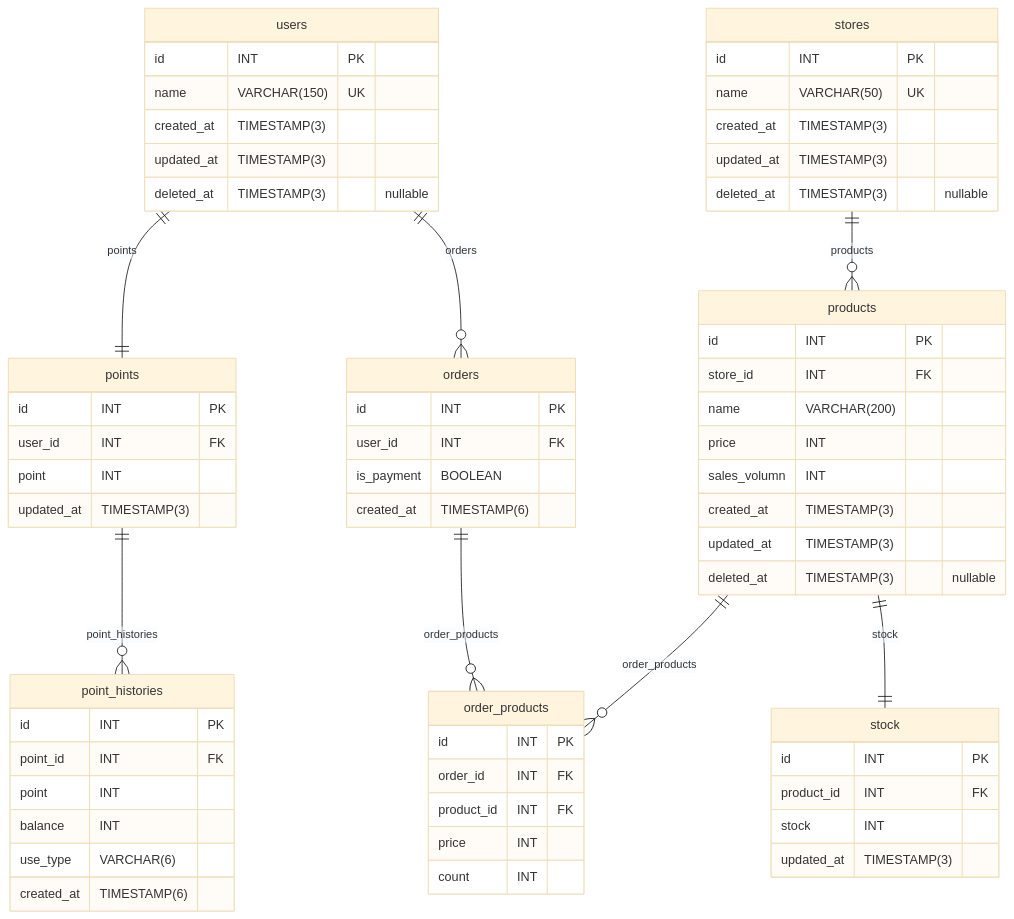
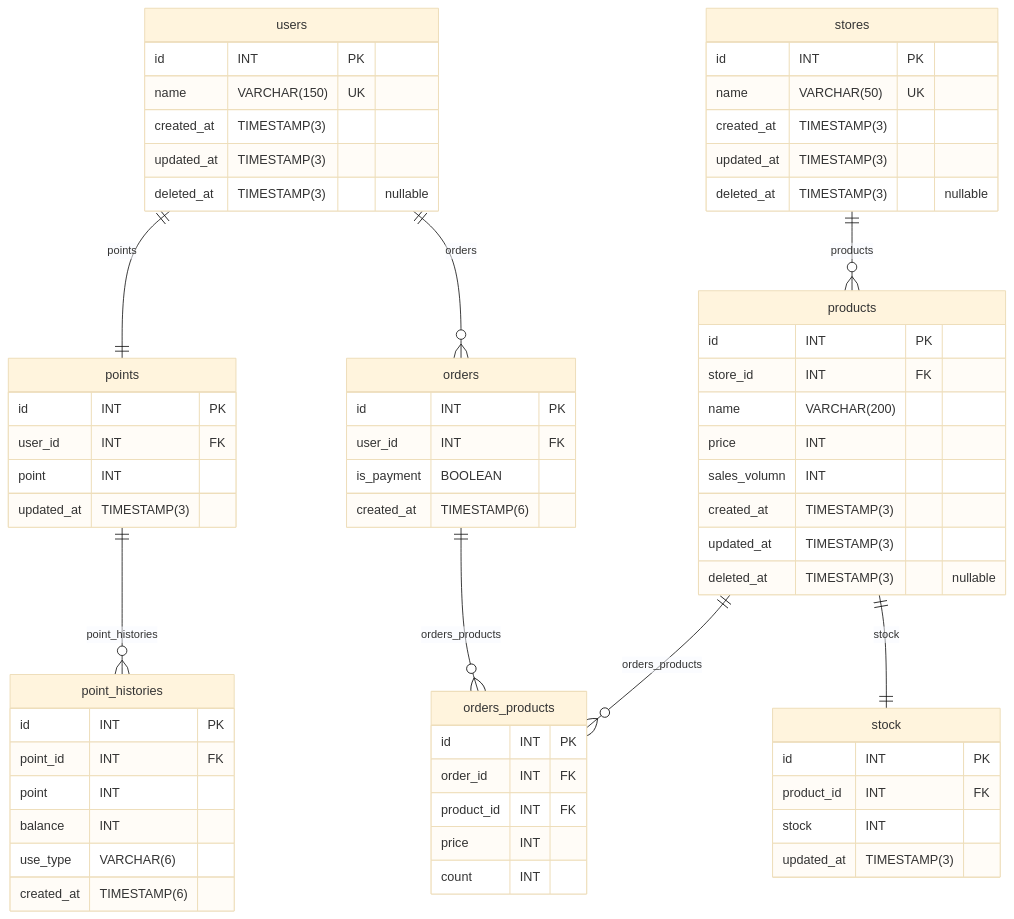
Before and after one commit to kiyoung92/nestjs-Infrastructure-report: the sixth of 6 diagrams in README.md, drawn with Mermaid (base theme). The commit also changed other lines of this file, not shown here.

````diff
--- a/README.md
+++ b/README.md
@@ -159,75 +159,75 @@
 ```mermaid
 erDiagram
 "users" {
   id INT PK
   name VARCHAR(150) UK
   created_at TIMESTAMP(3)
   updated_at TIMESTAMP(3)
   deleted_at TIMESTAMP(3) "nullable"
 }
 
 "points" {
   id INT PK
   user_id INT FK
   point INT
   updated_at TIMESTAMP(3)
 }
 
 "point_histories" {
   id INT PK
   point_id INT FK
   point INT
   balance INT
   use_type VARCHAR(6)
   created_at TIMESTAMP(6)
 }
 
 "orders" {
   id INT PK
   user_id INT FK
   is_payment BOOLEAN
   created_at TIMESTAMP(6)
 }
 
-"order_products" {
+"orders_products" {
   id INT PK
   order_id INT FK
   product_id INT FK
   price INT
   count INT
 }
 
 "stores" {
   id INT PK
   name VARCHAR(50) UK
   created_at TIMESTAMP(3)
   updated_at TIMESTAMP(3)
   deleted_at TIMESTAMP(3) "nullable"
 }
 
 "products" {
   id INT PK
   store_id INT FK
   name VARCHAR(200)
   price INT
   sales_volumn INT
   created_at TIMESTAMP(3)
   updated_at TIMESTAMP(3)
   deleted_at TIMESTAMP(3) "nullable"
 }
 
 "stock" {
   id INT PK
   product_id INT FK
   stock INT
   updated_at TIMESTAMP(3)
 }
 
 users ||--|| points: points
 points ||--o{ point_histories: point_histories
 users ||--o{ orders: orders
-products ||--o{ order_products: order_products
-orders ||--o{ order_products: order_products
+products ||--o{ orders_products: orders_products
+orders ||--o{ orders_products: orders_products
 stores ||--o{ products: products
 products ||--|| stock: stock
 ```
````
